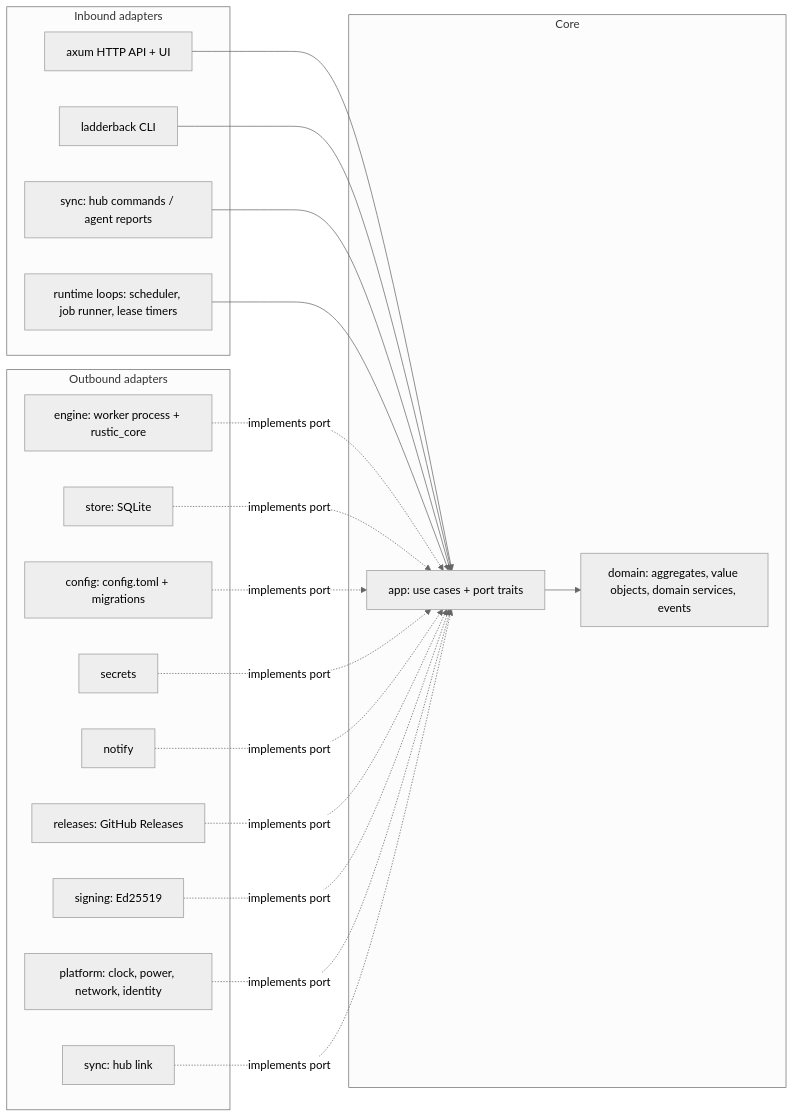
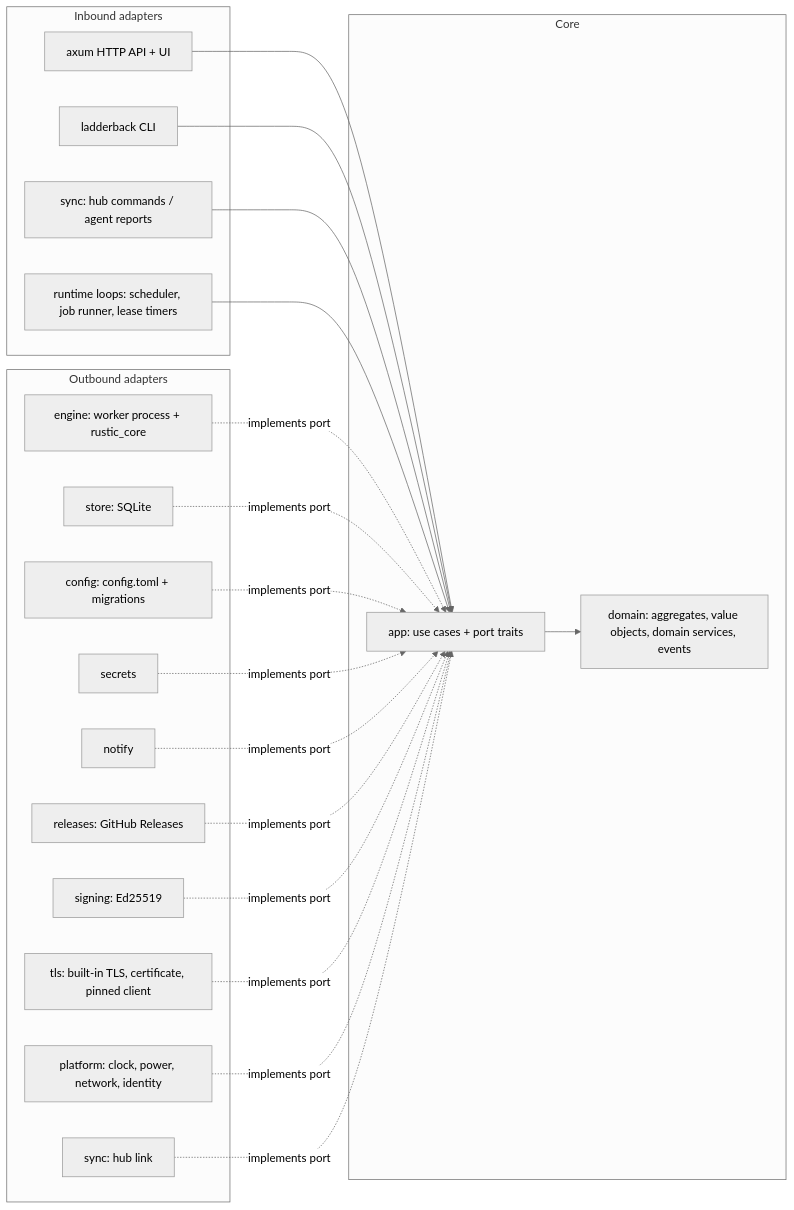
Before and after one commit to nledford/Ladderback: the diagram in docs/design/architecture.md, drawn with Mermaid (neutral theme). The commit also changed other lines of this file and 26 other files, not shown here.

First line of the commit message:
feat: the hub's built-in TLS 1.3, its own key and certificate, and the agent's pinned client (#1099)

````diff
--- a/docs/design/architecture.md
+++ b/docs/design/architecture.md
@@ -166,38 +166,40 @@
 ```mermaid
 flowchart LR
   subgraph Inbound adapters
     HTTP[axum HTTP API + UI]
     CLI[ladderback CLI]
     SYNCIN[sync: hub commands / agent reports]
     LOOPS[runtime loops: scheduler, job runner, lease timers]
   end
   subgraph Core
     APP[app: use cases + port traits]
     DOM[domain: aggregates, value objects, domain services, events]
   end
   subgraph Outbound adapters
     ENG[engine: worker process + rustic_core]
     STORE[store: SQLite]
     CFG[config: config.toml + migrations]
     SEC[secrets]
     NOTE[notify]
     REL[releases: GitHub Releases]
     SIGN[signing: Ed25519]
+    TLS[tls: built-in TLS, certificate, pinned client]
     PLAT[platform: clock, power, network, identity]
     SYNCOUT[sync: hub link]
   end
   HTTP --> APP
   CLI --> APP
   SYNCIN --> APP
   LOOPS --> APP
   APP --> DOM
   ENG -. implements port .-> APP
   STORE -. implements port .-> APP
   CFG -. implements port .-> APP
   SEC -. implements port .-> APP
   NOTE -. implements port .-> APP
   REL -. implements port .-> APP
   SIGN -. implements port .-> APP
+  TLS -. implements port .-> APP
   PLAT -. implements port .-> APP
   SYNCOUT -. implements port .-> APP
 ```
````
